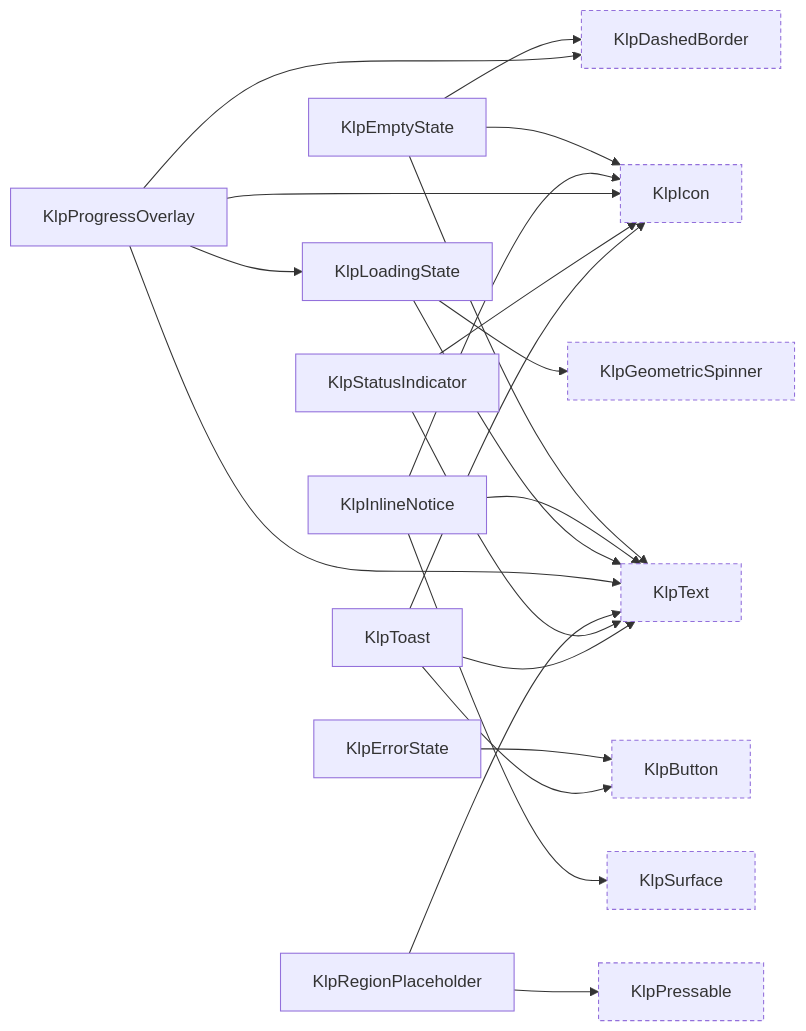
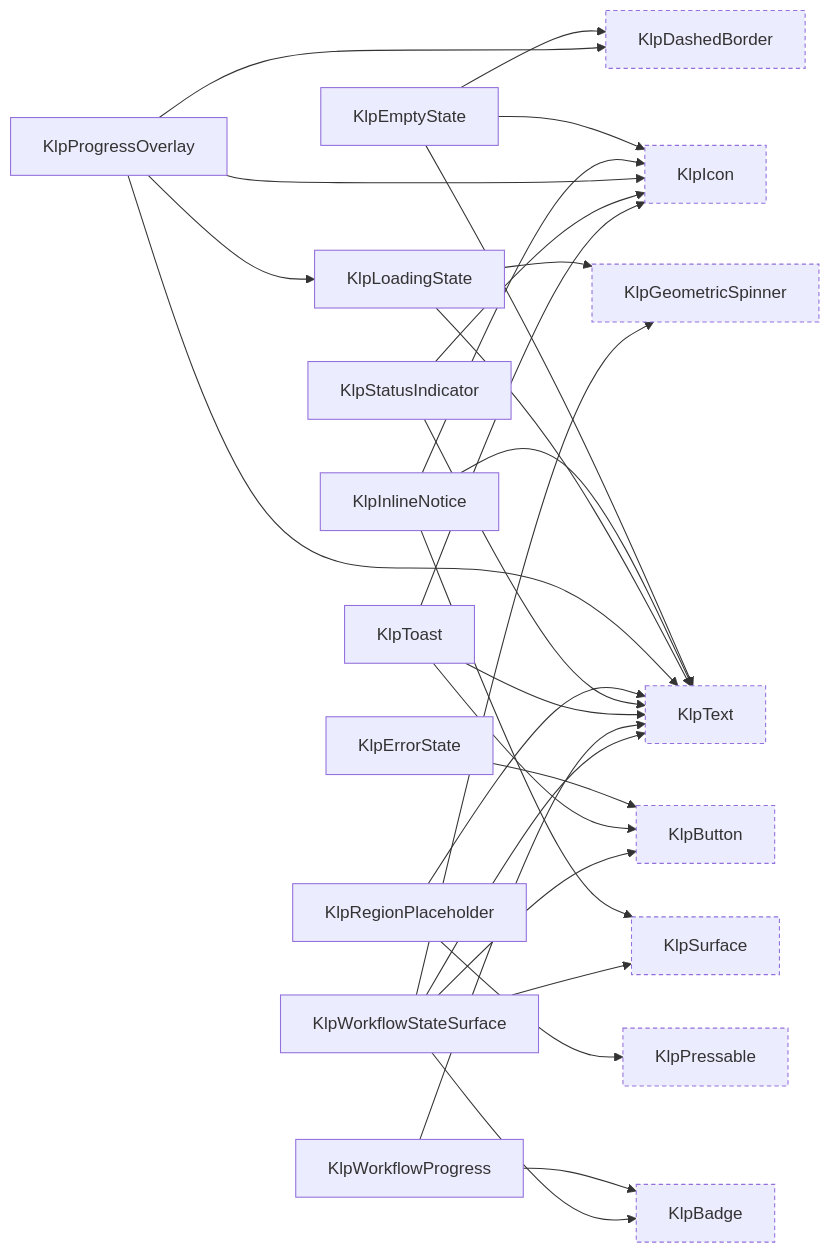
Diagram 12 of 18 in spec/component-inventory.md (MiuDog/Kallopis), drawn with Mermaid before and after one commit. The commit also changed other lines of this file and 266 other files, not shown here.

````diff
--- a/spec/component-inventory.md
+++ b/spec/component-inventory.md
@@ -810,39 +845,49 @@
 ```mermaid
 graph LR
+  KlpBadge["KlpBadge"]:::external
   KlpButton["KlpButton"]:::external
   KlpDashedBorder["KlpDashedBorder"]:::external
   KlpEmptyState["KlpEmptyState"]
   KlpErrorState["KlpErrorState"]
   KlpGeometricSpinner["KlpGeometricSpinner"]:::external
   KlpIcon["KlpIcon"]:::external
   KlpInlineNotice["KlpInlineNotice"]
   KlpLoadingState["KlpLoadingState"]
   KlpPressable["KlpPressable"]:::external
   KlpProgressOverlay["KlpProgressOverlay"]
   KlpRegionPlaceholder["KlpRegionPlaceholder"]
   KlpStatusIndicator["KlpStatusIndicator"]
   KlpSurface["KlpSurface"]:::external
   KlpText["KlpText"]:::external
   KlpToast["KlpToast"]
+  KlpWorkflowProgress["KlpWorkflowProgress"]
+  KlpWorkflowStateSurface["KlpWorkflowStateSurface"]
   KlpEmptyState --> KlpDashedBorder
   KlpEmptyState --> KlpIcon
   KlpEmptyState --> KlpText
   KlpErrorState --> KlpButton
   KlpInlineNotice --> KlpIcon
   KlpInlineNotice --> KlpSurface
   KlpInlineNotice --> KlpText
   KlpLoadingState --> KlpGeometricSpinner
   KlpLoadingState --> KlpText
   KlpProgressOverlay --> KlpDashedBorder
   KlpProgressOverlay --> KlpIcon
   KlpProgressOverlay --> KlpLoadingState
   KlpProgressOverlay --> KlpText
   KlpRegionPlaceholder --> KlpPressable
   KlpRegionPlaceholder --> KlpText
   KlpStatusIndicator --> KlpIcon
   KlpStatusIndicator --> KlpText
   KlpToast --> KlpButton
   KlpToast --> KlpIcon
   KlpToast --> KlpText
+  KlpWorkflowProgress --> KlpBadge
+  KlpWorkflowProgress --> KlpText
+  KlpWorkflowStateSurface --> KlpBadge
+  KlpWorkflowStateSurface --> KlpButton
+  KlpWorkflowStateSurface --> KlpGeometricSpinner
+  KlpWorkflowStateSurface --> KlpSurface
+  KlpWorkflowStateSurface --> KlpText
   classDef external stroke-dasharray: 4 3;
 ```
````
